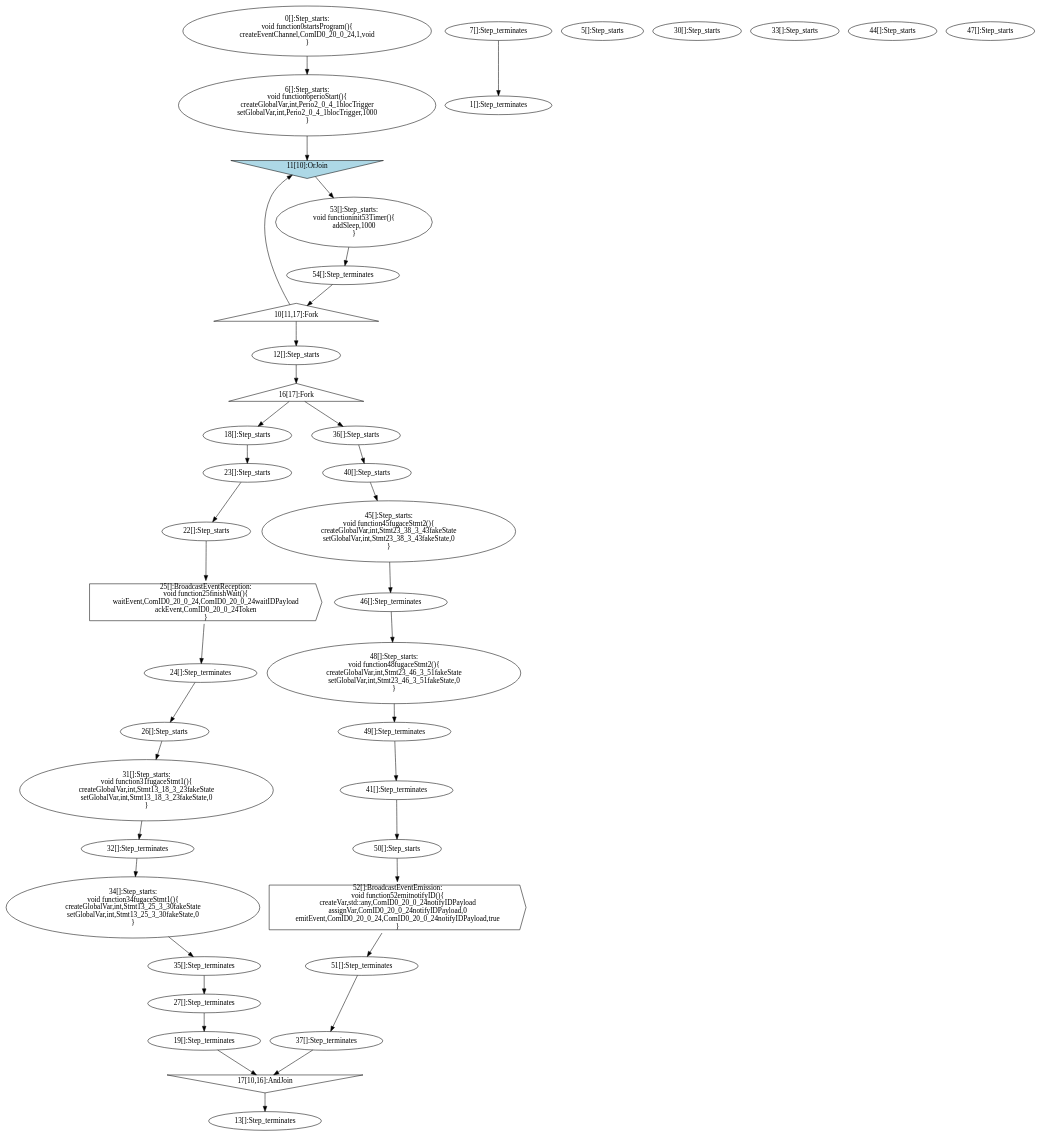
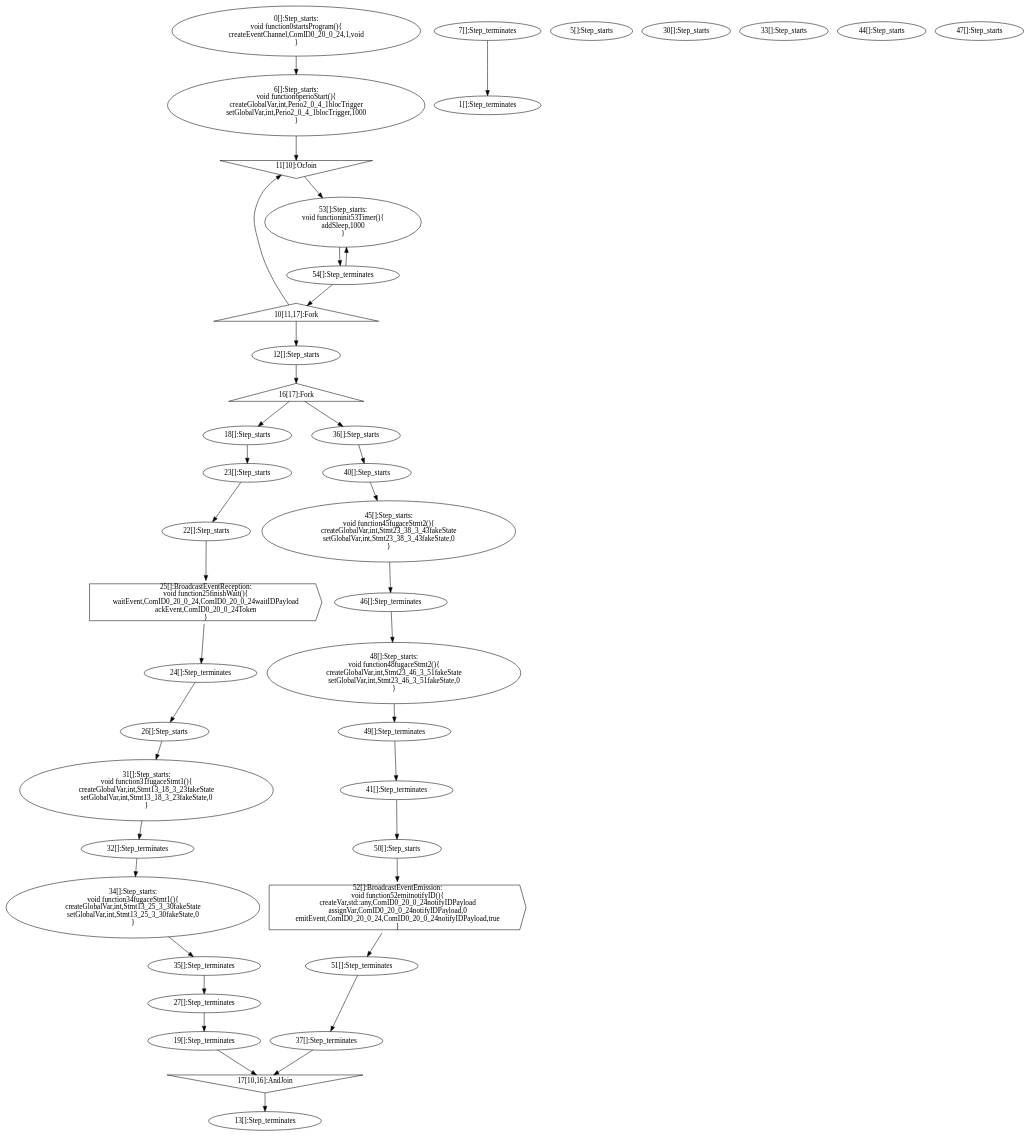
Before and after one commit to jdeantoni/TCOS.lang: the diagram in examples/programs/generated/test_com.dot, drawn with Graphviz. The commit also changed 48 other files, not shown here.

```diff
--- a/examples/programs/generated/test_com.dot
+++ b/examples/programs/generated/test_com.dot
@@ -1,112 +1,113 @@
 digraph G {
   "0" [label="0[]:Step_starts:
 void function0startsProgram(){
 createEventChannel,ComID0_20_0_24,1,void
 }" shape="ellipse" ];
   "1" [label="1[]:Step_terminates" shape="ellipse" ];
   "5" [label="5[]:Step_starts" shape="ellipse" ];
   "6" [label="6[]:Step_starts:
 void function6perioStart(){
 createGlobalVar,int,Perio2_0_4_1blocTrigger
 setGlobalVar,int,Perio2_0_4_1blocTrigger,1000
 }" shape="ellipse" ];
   "7" [label="7[]:Step_terminates" shape="ellipse" ];
   "10" [label="10[11,17]:Fork" shape="triangle" ];
-  "11" [label="11[10]:OrJoin" shape="invtriangle" style="filled" fillcolor="lightblue"];
+  "11" [label="11[10]:OrJoin" shape="invtriangle" ];
   "53" [label="53[]:Step_starts:
 void functioninit53Timer(){
 addSleep,1000
 }" shape="ellipse" ];
   "54" [label="54[]:Step_terminates" shape="ellipse" ];
   "12" [label="12[]:Step_starts" shape="ellipse" ];
   "13" [label="13[]:Step_terminates" shape="ellipse" ];
   "16" [label="16[17]:Fork" shape="triangle" ];
   "17" [label="17[10,16]:AndJoin" shape="invtriangle" ];
   "18" [label="18[]:Step_starts" shape="ellipse" ];
   "19" [label="19[]:Step_terminates" shape="ellipse" ];
   "36" [label="36[]:Step_starts" shape="ellipse" ];
   "37" [label="37[]:Step_terminates" shape="ellipse" ];
   "22" [label="22[]:Step_starts" shape="ellipse" ];
   "23" [label="23[]:Step_starts" shape="ellipse" ];
   "24" [label="24[]:Step_terminates" shape="ellipse" ];
   "25" [label="25[]:BroadcastEventReception:
 void function25finishWait(){
 waitEvent,ComID0_20_0_24,ComID0_20_0_24waitIDPayload
 ackEvent,ComID0_20_0_24Token
 }" shape="cds" ];
   "26" [label="26[]:Step_starts" shape="ellipse" ];
   "27" [label="27[]:Step_terminates" shape="ellipse" ];
   "40" [label="40[]:Step_starts" shape="ellipse" ];
   "41" [label="41[]:Step_terminates" shape="ellipse" ];
   "50" [label="50[]:Step_starts" shape="ellipse" ];
   "51" [label="51[]:Step_terminates" shape="ellipse" ];
   "52" [label="52[]:BroadcastEventEmission:
 void function52emitnotifyID(){
 createVar,std::any,ComID0_20_0_24notifyIDPayload
 assignVar,ComID0_20_0_24notifyIDPayload,0
 emitEvent,ComID0_20_0_24,ComID0_20_0_24notifyIDPayload,true
 }" shape="cds" ];
   "30" [label="30[]:Step_starts" shape="ellipse" ];
   "31" [label="31[]:Step_starts:
 void function31fugaceStmt1(){
 createGlobalVar,int,Stmt13_18_3_23fakeState
 setGlobalVar,int,Stmt13_18_3_23fakeState,0
 }" shape="ellipse" ];
   "32" [label="32[]:Step_terminates" shape="ellipse" ];
   "33" [label="33[]:Step_starts" shape="ellipse" ];
   "34" [label="34[]:Step_starts:
 void function34fugaceStmt1(){
 createGlobalVar,int,Stmt13_25_3_30fakeState
 setGlobalVar,int,Stmt13_25_3_30fakeState,0
 }" shape="ellipse" ];
   "35" [label="35[]:Step_terminates" shape="ellipse" ];
   "44" [label="44[]:Step_starts" shape="ellipse" ];
   "45" [label="45[]:Step_starts:
 void function45fugaceStmt2(){
 createGlobalVar,int,Stmt23_38_3_43fakeState
 setGlobalVar,int,Stmt23_38_3_43fakeState,0
 }" shape="ellipse" ];
   "46" [label="46[]:Step_terminates" shape="ellipse" ];
   "47" [label="47[]:Step_starts" shape="ellipse" ];
   "48" [label="48[]:Step_starts:
 void function48fugaceStmt2(){
 createGlobalVar,int,Stmt23_46_3_51fakeState
 setGlobalVar,int,Stmt23_46_3_51fakeState,0
 }" shape="ellipse" ];
   "49" [label="49[]:Step_terminates" shape="ellipse" ];
   "0" -> "6" [label=""];
   "7" -> "1" [label=""];
   "6" -> "11" [label=""];
   "54" -> "10" [label=""];
   "10" -> "12" [label=""];
   "10" -> "11" [label=""];
   "11" -> "53" [label=""];
   "53" -> "54" [label=""];
+  "54" -> "53" [label=""];
   "12" -> "16" [label=""];
   "16" -> "18" [label=""];
   "16" -> "36" [label=""];
   "19" -> "17" [label=""];
   "37" -> "17" [label=""];
   "17" -> "13" [label=""];
   "18" -> "23" [label=""];
   "24" -> "26" [label=""];
   "27" -> "19" [label=""];
   "36" -> "40" [label=""];
   "41" -> "50" [label=""];
   "51" -> "37" [label=""];
   "23" -> "22" [label=""];
   "22" -> "25" [label=""];
   "25" -> "24" [label=""];
   "26" -> "31" [label=""];
   "32" -> "34" [label=""];
   "35" -> "27" [label=""];
   "40" -> "45" [label=""];
   "46" -> "48" [label=""];
   "49" -> "41" [label=""];
   "50" -> "52" [label=""];
   "52" -> "51" [label=""];
   "31" -> "32" [label=""];
   "34" -> "35" [label=""];
   "45" -> "46" [label=""];
   "48" -> "49" [label=""];
 }
```
